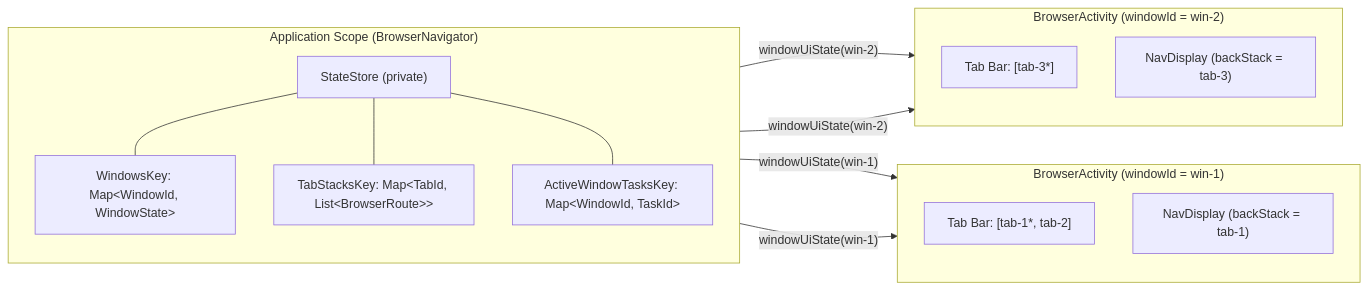
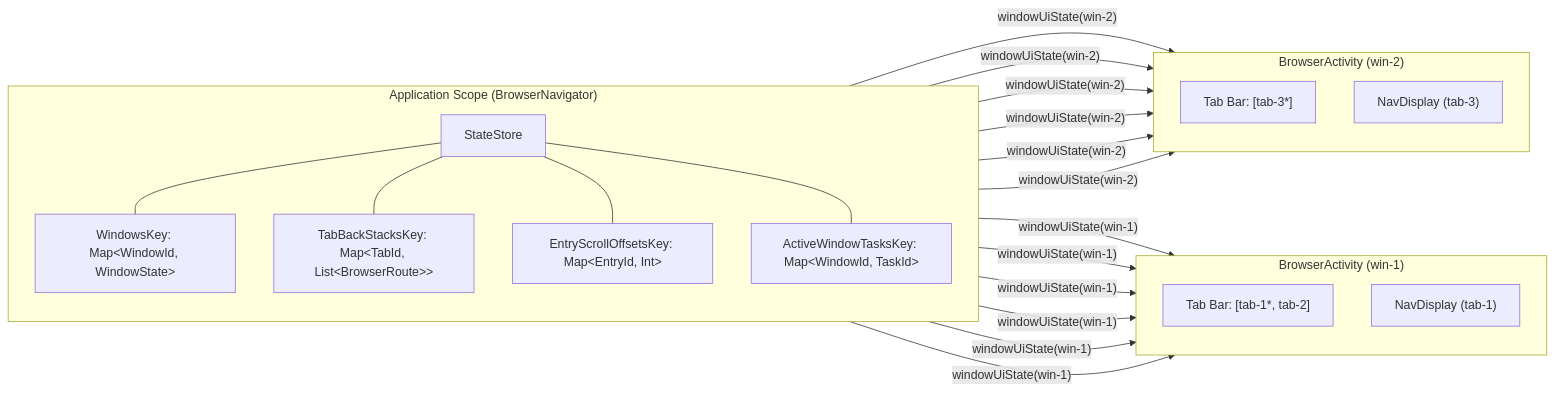
One commit to android/appstate-recipes changed the diagram in apps/browser/README.md. Above: the diagram before and after it, drawn with Mermaid. The commit also changed other lines of this file and 41 other files, not shown here.

First line of the commit message:
Refactor browser recipe architecture, multi-window UX, and tests

````diff
--- a/apps/browser/README.md
+++ b/apps/browser/README.md
@@ -19,30 +11,30 @@
 ```mermaid
 flowchart LR
     subgraph AppScope["Application Scope (BrowserNavigator)"]
         direction TB
-        SS["StateStore (private)"]
+        SS["StateStore"]
         WK["WindowsKey: Map&lt;WindowId, WindowState&gt;"]
-        TK["TabStacksKey: Map&lt;TabId, List&lt;BrowserRoute&gt;&gt;"]
+        TK["TabBackStacksKey: Map&lt;TabId, List&lt;BrowserRoute&gt;&gt;"]
+        SK["EntryScrollOffsetsKey: Map&lt;EntryId, Int&gt;"]
         AK["ActiveWindowTasksKey: Map&lt;WindowId, TaskId&gt;"]
         SS --- WK
         SS --- TK
+        SS --- SK
         SS --- AK
     end
 
-    subgraph WinA["BrowserActivity (windowId = win-1)"]
+    subgraph WinA["BrowserActivity (win-1)"]
         direction TB
         TabsA["Tab Bar: [tab-1*, tab-2]"]
-        NavA["NavDisplay (backStack = tab-1)"]
+        NavA["NavDisplay (tab-1)"]
     end
 
-    subgraph WinB["BrowserActivity (windowId = win-2)"]
+    subgraph WinB["BrowserActivity (win-2)"]
         direction TB
         TabsB["Tab Bar: [tab-3*]"]
-        NavB["NavDisplay (backStack = tab-3)"]
+        NavB["NavDisplay (tab-3)"]
     end
 
-    WK -- "windowUiState(win-1)" --> TabsA
-    TK -- "windowUiState(win-1)" --> NavA
-    WK -- "windowUiState(win-2)" --> TabsB
-    TK -- "windowUiState(win-2)" --> NavB
+    WK & TK & AK -- "windowUiState(win-1)" --> TabsA & NavA
+    WK & TK & AK -- "windowUiState(win-2)" --> TabsB & NavB
 ```
````
